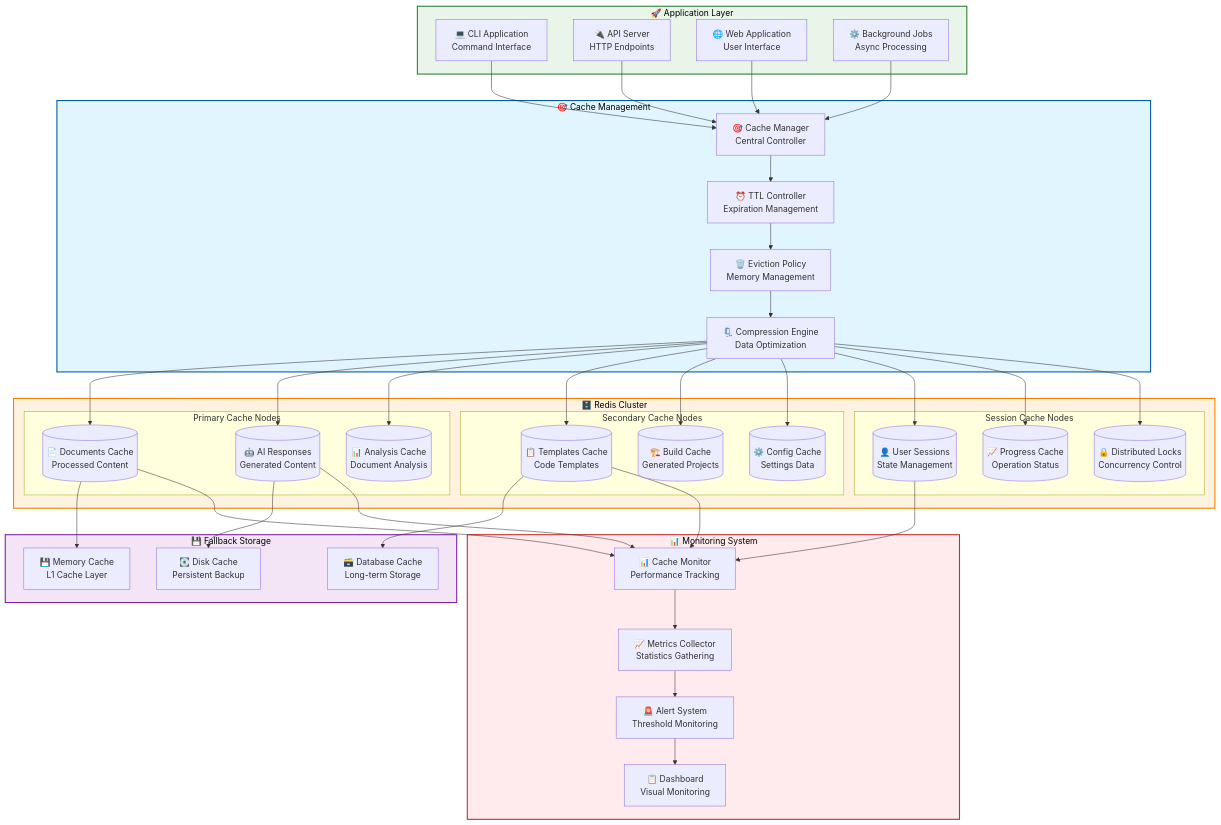
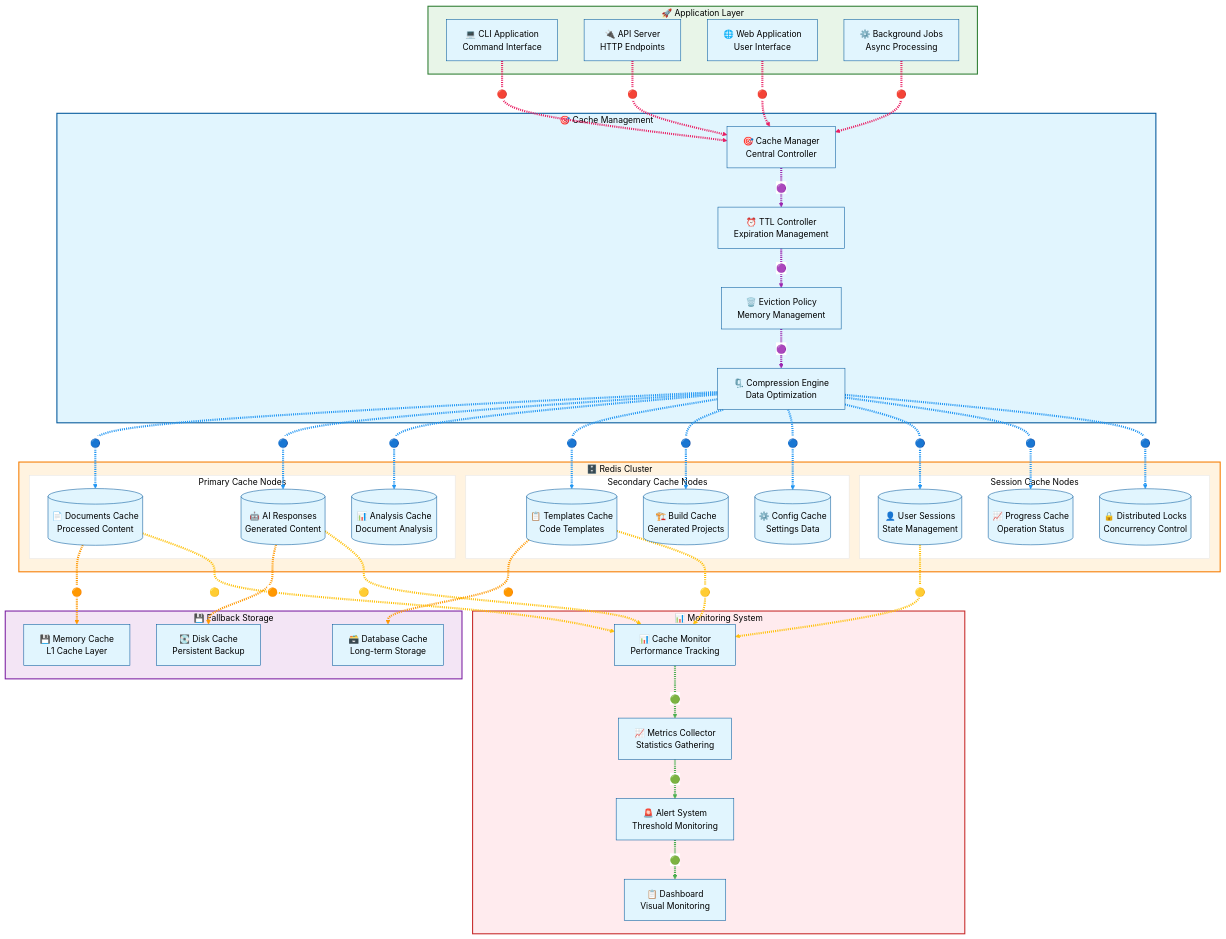
The fifth of 9 diagrams in docs/architecture/component-diagrams.md (usemanusai/JAEGIS-AI-Web-OS), drawn with Mermaid before and after one commit. The commit also changed other lines of this file, not shown here.

First line of the commit message:
fix: Make ALL Mermaid diagram arrows highly visible in component diagrams

````diff
--- a/docs/architecture/component-diagrams.md
+++ b/docs/architecture/component-diagrams.md
@@ -378,4 +474,5 @@
 ```mermaid
+%%{init: {'theme':'base', 'themeVariables': {'primaryColor':'#e1f5fe', 'primaryTextColor':'#000', 'primaryBorderColor':'#01579b', 'lineColor':'#ff0066', 'arrowheadColor':'#ff0066', 'edgeLabelBackground':'#ffffff', 'tertiaryColor':'#fff'}}}%%
 graph TB
     subgraph ApplicationLayer["🚀 Application Layer"]
         CLI_APP["💻 CLI Application<br/>Command Interface"]
@@ -424,37 +521,37 @@
         DASHBOARD["📋 Dashboard<br/>Visual Monitoring"]
     end
     
-    CLI_APP --> CACHE_MANAGER
-    API_SERVER --> CACHE_MANAGER
-    WEB_APP --> CACHE_MANAGER
-    BACKGROUND_JOBS --> CACHE_MANAGER
+    CLI_APP -.->|"🔴"| CACHE_MANAGER
+    API_SERVER -.->|"🔴"| CACHE_MANAGER
+    WEB_APP -.->|"🔴"| CACHE_MANAGER
+    BACKGROUND_JOBS -.->|"🔴"| CACHE_MANAGER
     
-    CACHE_MANAGER --> TTL_CONTROLLER
-    TTL_CONTROLLER --> EVICTION_POLICY
-    EVICTION_POLICY --> COMPRESSION_ENGINE
+    CACHE_MANAGER -.->|"🟣"| TTL_CONTROLLER
+    TTL_CONTROLLER -.->|"🟣"| EVICTION_POLICY
+    EVICTION_POLICY -.->|"🟣"| COMPRESSION_ENGINE
     
-    COMPRESSION_ENGINE --> REDIS_DOC
-    COMPRESSION_ENGINE --> REDIS_AI
-    COMPRESSION_ENGINE --> REDIS_ANALYSIS
-    COMPRESSION_ENGINE --> REDIS_TEMPLATES
-    COMPRESSION_ENGINE --> REDIS_BUILDS
-    COMPRESSION_ENGINE --> REDIS_CONFIG
-    COMPRESSION_ENGINE --> REDIS_SESSIONS
-    COMPRESSION_ENGINE --> REDIS_PROGRESS
-    COMPRESSION_ENGINE --> REDIS_LOCKS
+    COMPRESSION_ENGINE -.->|"🔵"| REDIS_DOC
+    COMPRESSION_ENGINE -.->|"🔵"| REDIS_AI
+    COMPRESSION_ENGINE -.->|"🔵"| REDIS_ANALYSIS
+    COMPRESSION_ENGINE -.->|"🔵"| REDIS_TEMPLATES
+    COMPRESSION_ENGINE -.->|"🔵"| REDIS_BUILDS
+    COMPRESSION_ENGINE -.->|"🔵"| REDIS_CONFIG
+    COMPRESSION_ENGINE -.->|"🔵"| REDIS_SESSIONS
+    COMPRESSION_ENGINE -.->|"🔵"| REDIS_PROGRESS
+    COMPRESSION_ENGINE -.->|"🔵"| REDIS_LOCKS
     
-    REDIS_DOC --> MEMORY_CACHE
-    REDIS_AI --> DISK_CACHE
-    REDIS_TEMPLATES --> DATABASE_CACHE
+    REDIS_DOC -.->|"🟠"| MEMORY_CACHE
+    REDIS_AI -.->|"🟠"| DISK_CACHE
+    REDIS_TEMPLATES -.->|"🟠"| DATABASE_CACHE
     
-    REDIS_DOC --> CACHE_MONITOR
-    REDIS_AI --> CACHE_MONITOR
-    REDIS_TEMPLATES --> CACHE_MONITOR
-    REDIS_SESSIONS --> CACHE_MONITOR
+    REDIS_DOC -.->|"🟡"| CACHE_MONITOR
+    REDIS_AI -.->|"🟡"| CACHE_MONITOR
+    REDIS_TEMPLATES -.->|"🟡"| CACHE_MONITOR
+    REDIS_SESSIONS -.->|"🟡"| CACHE_MONITOR
     
-    CACHE_MONITOR --> METRICS_COLLECTOR
-    METRICS_COLLECTOR --> ALERT_SYSTEM
-    ALERT_SYSTEM --> DASHBOARD
+    CACHE_MONITOR -.->|"🟢"| METRICS_COLLECTOR
+    METRICS_COLLECTOR -.->|"🟢"| ALERT_SYSTEM
+    ALERT_SYSTEM -.->|"🟢"| DASHBOARD
     
     classDef appStyle fill:#e8f5e8,stroke:#2e7d32,stroke-width:2px,color:#000
     classDef managementStyle fill:#e1f5fe,stroke:#01579b,stroke-width:2px,color:#000
@@ -467,4 +564,31 @@
     class RedisCluster redisStyle
     class FallbackStorage fallbackStyle
     class MonitoringSystem monitorStyle
+    
+    linkStyle 0 stroke:#e91e63,stroke-width:4px
+    linkStyle 1 stroke:#e91e63,stroke-width:4px
+    linkStyle 2 stroke:#e91e63,stroke-width:4px
+    linkStyle 3 stroke:#e91e63,stroke-width:4px
+    linkStyle 4 stroke:#9c27b0,stroke-width:4px
+    linkStyle 5 stroke:#9c27b0,stroke-width:4px
+    linkStyle 6 stroke:#9c27b0,stroke-width:4px
+    linkStyle 7 stroke:#2196f3,stroke-width:4px
+    linkStyle 8 stroke:#2196f3,stroke-width:4px
+    linkStyle 9 stroke:#2196f3,stroke-width:4px
+    linkStyle 10 stroke:#2196f3,stroke-width:4px
+    linkStyle 11 stroke:#2196f3,stroke-width:4px
+    linkStyle 12 stroke:#2196f3,stroke-width:4px
+    linkStyle 13 stroke:#2196f3,stroke-width:4px
+    linkStyle 14 stroke:#2196f3,stroke-width:4px
+    linkStyle 15 stroke:#2196f3,stroke-width:4px
+    linkStyle 16 stroke:#ff9800,stroke-width:4px
+    linkStyle 17 stroke:#ff9800,stroke-width:4px
+    linkStyle 18 stroke:#ff9800,stroke-width:4px
+    linkStyle 19 stroke:#ffc107,stroke-width:4px
+    linkStyle 20 stroke:#ffc107,stroke-width:4px
+    linkStyle 21 stroke:#ffc107,stroke-width:4px
+    linkStyle 22 stroke:#ffc107,stroke-width:4px
+    linkStyle 23 stroke:#4caf50,stroke-width:4px
+    linkStyle 24 stroke:#4caf50,stroke-width:4px
+    linkStyle 25 stroke:#4caf50,stroke-width:4px
 ```
````
